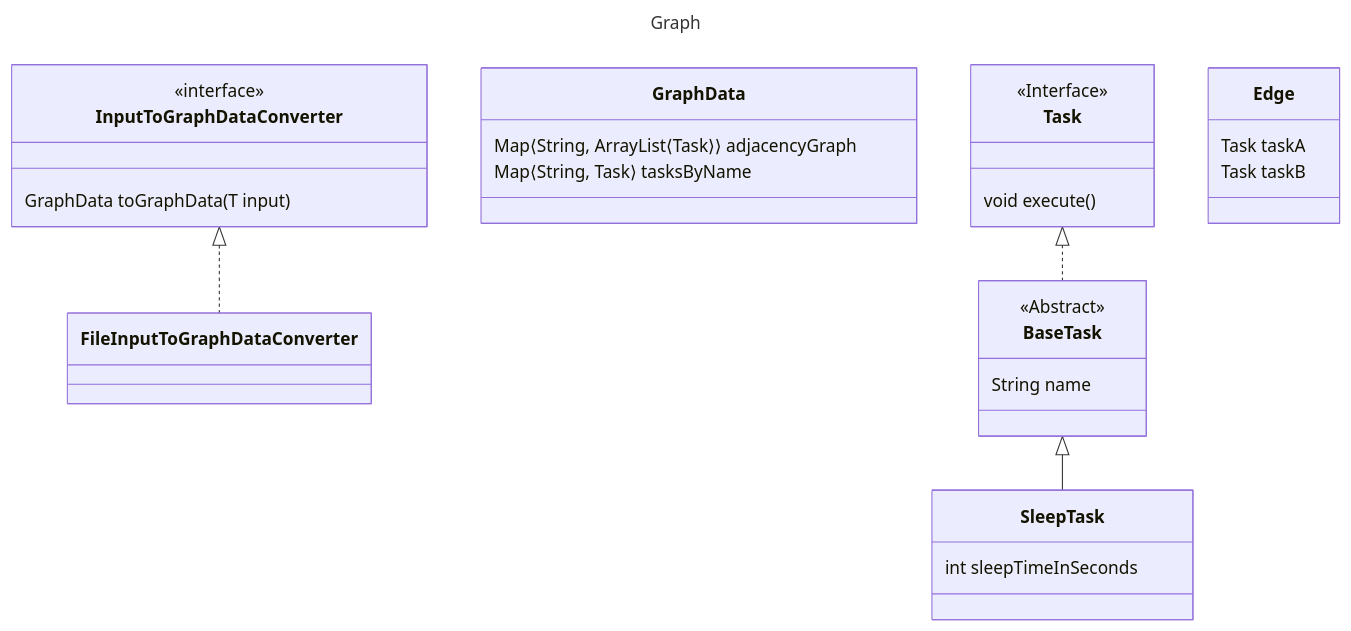
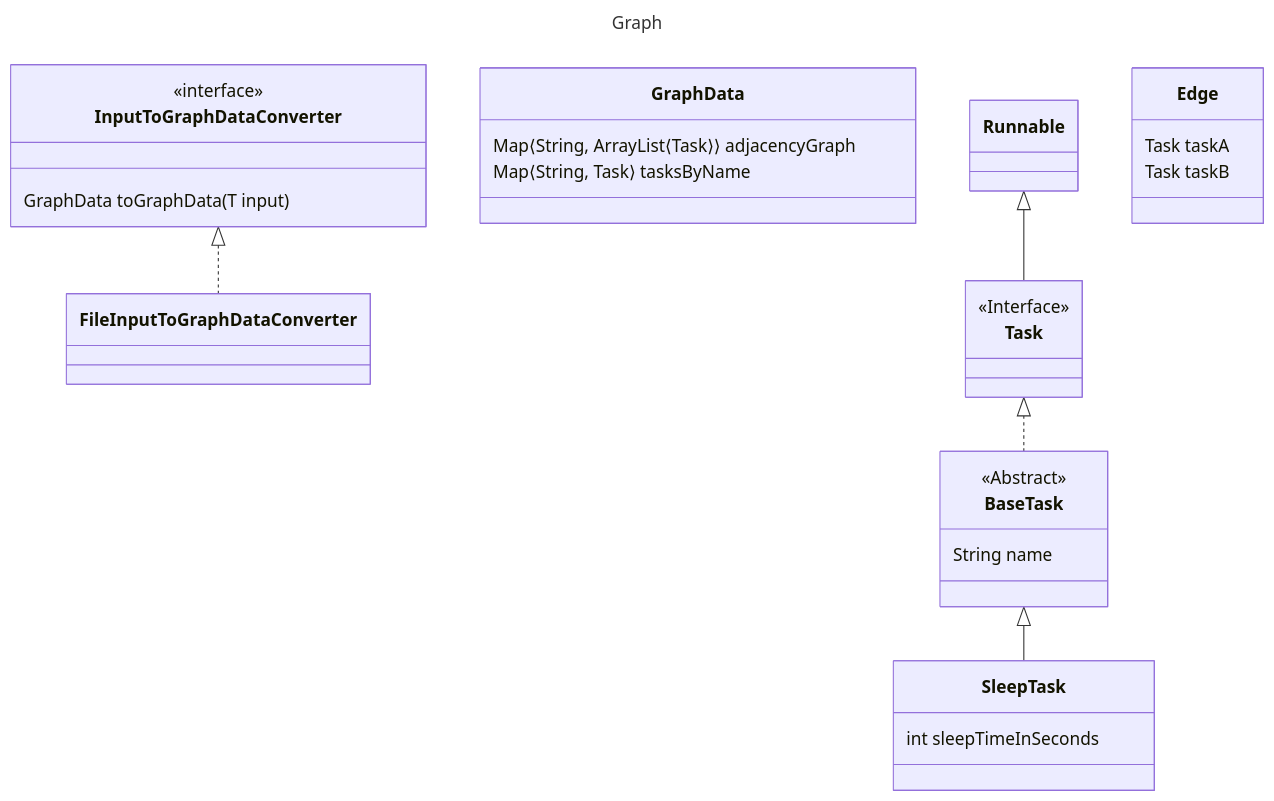
The third of 3 diagrams in README.md (abhisheksoni099/dag-tasks-executor), drawn with Mermaid before and after one commit. The commit also changed 4 other files, not shown here.

Commit message:
Make Task as a Runnable type

````diff
--- a/README.md
+++ b/README.md
@@ -41,32 +41,32 @@
 ```mermaid
 ---
 title: Graph
 ---
 classDiagram
 	class InputToGraphDataConverter {
 		<<interface>>
 		GraphData toGraphData(T input)
 	}
 	InputToGraphDataConverter <|.. FileInputToGraphDataConverter
 	class GraphData {
 		Map⟨String, ArrayList⟨Task⟩⟩ adjacencyGraph
 		Map⟨String, Task⟩ tasksByName
 	}
 	class Task {
 		<<Interface>>
-		void execute()
 	}
+	Runnable <|-- Task
 	class BaseTask {
 		<<Abstract>>
 		String name
 	}
 	Task <|.. BaseTask
 	class SleepTask {
 		int sleepTimeInSeconds
 	}
 	BaseTask <|-- SleepTask
 	class Edge {
 		Task taskA
 		Task taskB
 	}
 ```
````
